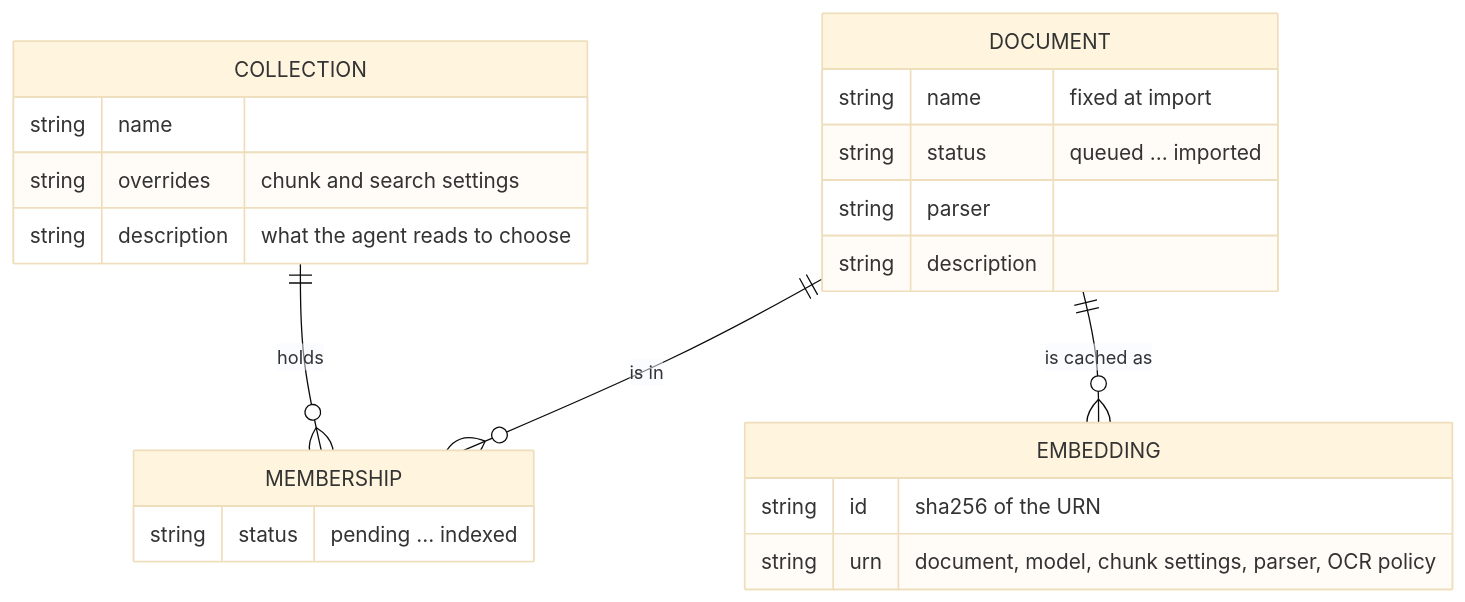
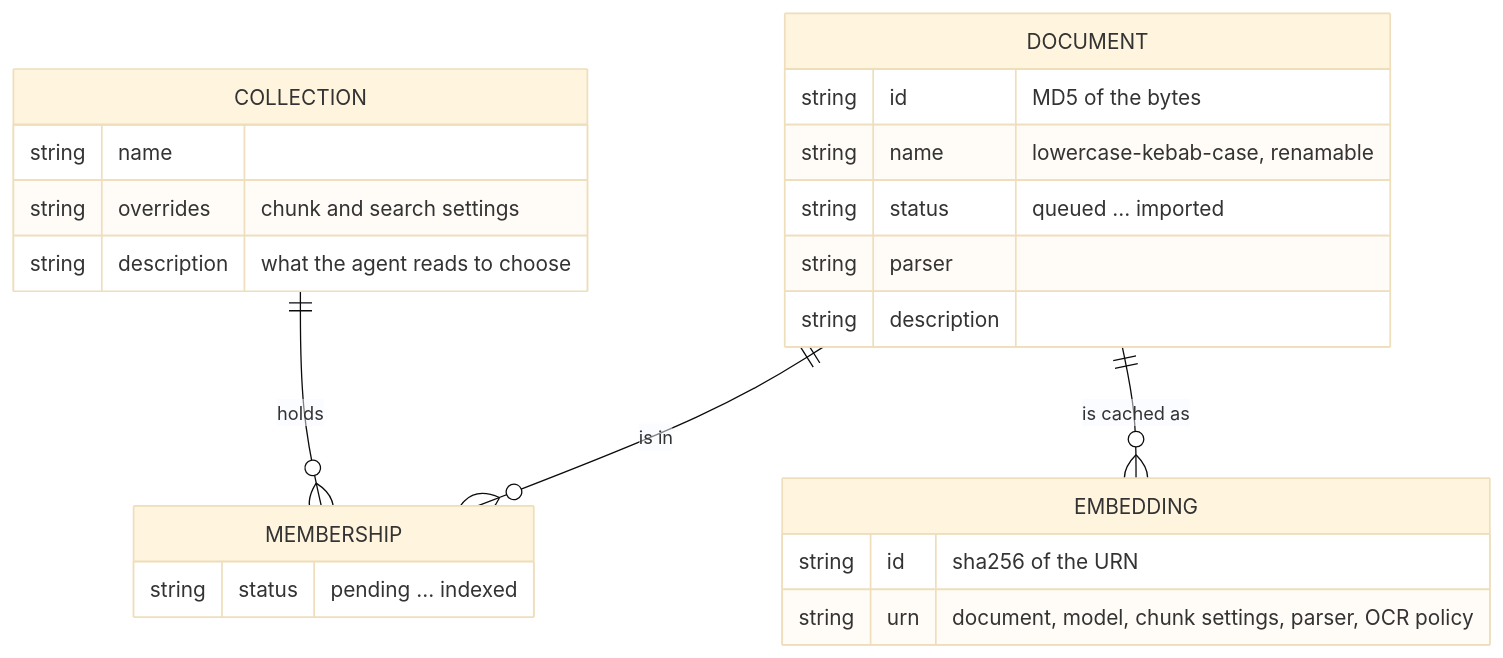
Before and after one commit to haskian/haskie: the first of 4 diagrams in docs/documents-and-collections.md, drawn with Mermaid (base theme). The commit also changed other lines of this file and 60 other files, not shown here.

Commit message:
feat!: document id is the MD5 of its bytes; rename; kebab-case names (#30)

````diff
--- a/docs/documents-and-collections.md
+++ b/docs/documents-and-collections.md
@@ -7,24 +7,25 @@
 ```mermaid
 erDiagram
     DOCUMENT ||--o{ MEMBERSHIP : "is in"
     COLLECTION ||--o{ MEMBERSHIP : holds
     DOCUMENT ||--o{ EMBEDDING : "is cached as"
     DOCUMENT {
-        string name "fixed at import"
+        string id "MD5 of the bytes"
+        string name "lowercase-kebab-case, renamable"
         string status "queued ... imported"
         string parser
         string description
     }
     COLLECTION {
         string name
         string overrides "chunk and search settings"
         string description "what the agent reads to choose"
     }
     MEMBERSHIP {
         string status "pending ... indexed"
     }
     EMBEDDING {
         string id "sha256 of the URN"
         string urn "document, model, chunk settings, parser, OCR policy"
     }
 ```
````
